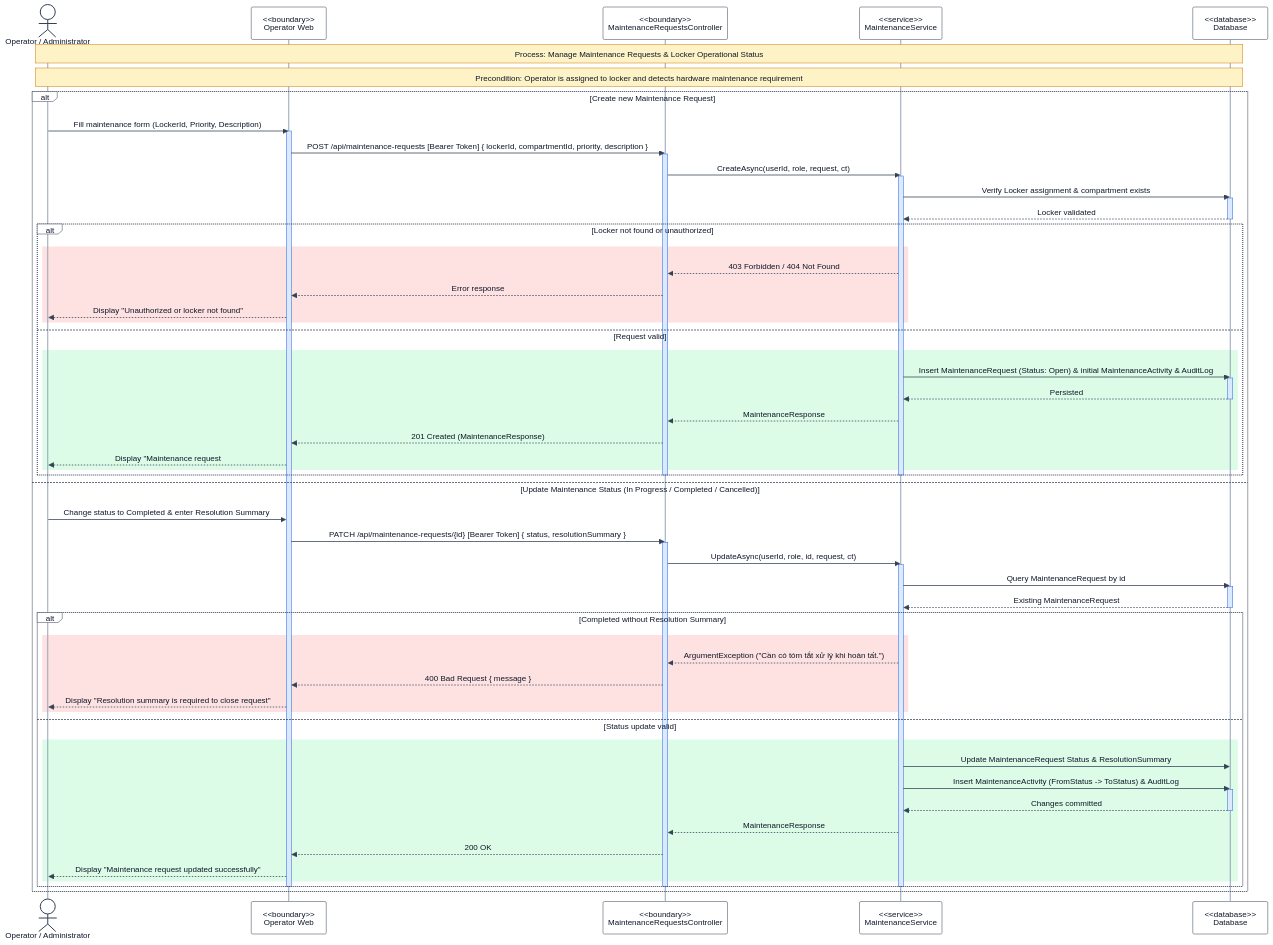
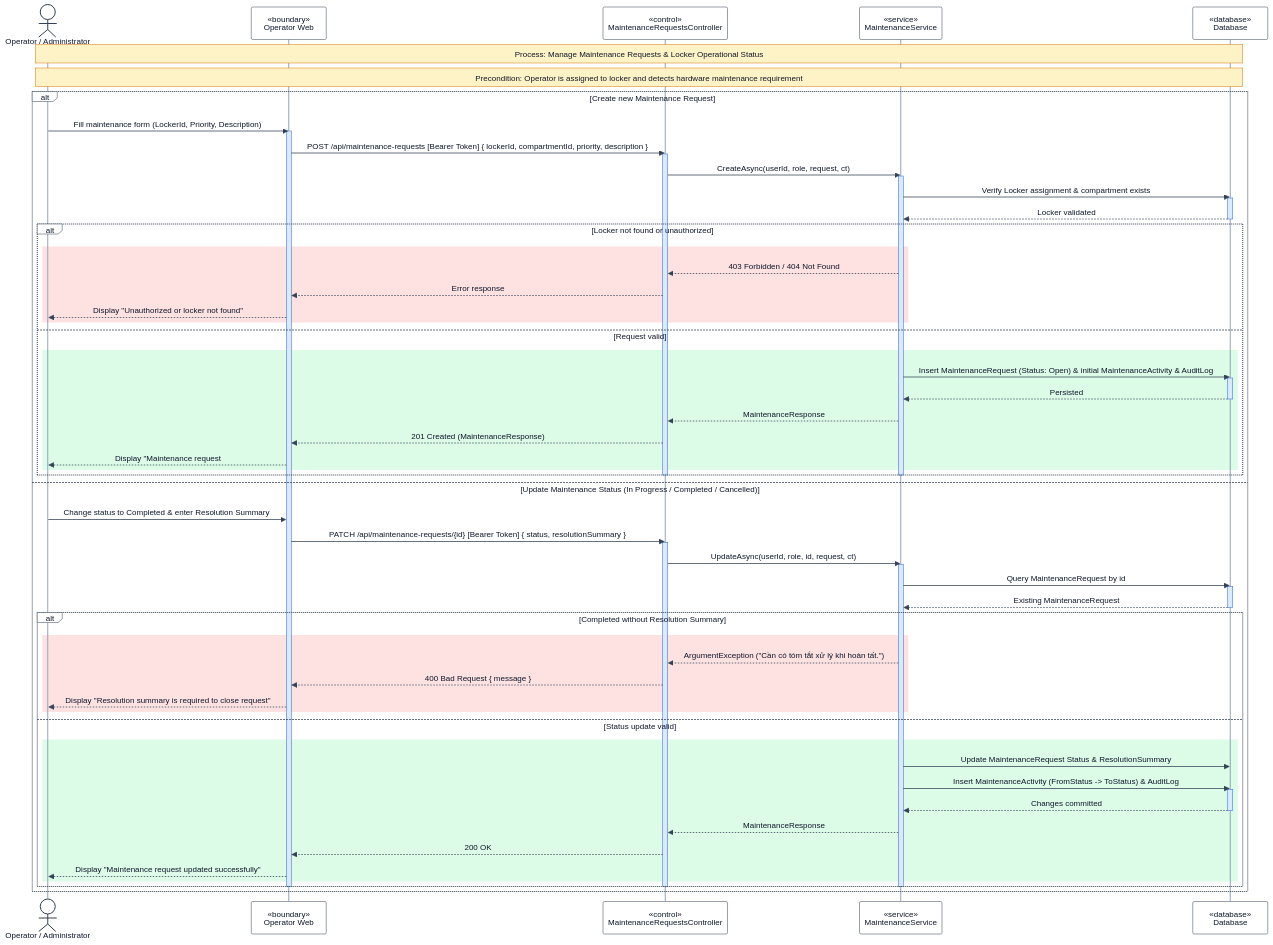
The diagram in RP4/3.5 Locker Operations, Monitoring & Incident Handling/3.5.6 Manage Maintenance & Operational Status Sequence Diagram.md (se-05-sdlms/smart-locking-diagram), drawn with Mermaid before and after one commit. The commit also changed 36 other files, not shown here.

Commit message:
Update diagram

```diff
--- a/RP4/3.5 Locker Operations, Monitoring & Incident Handling/3.5.6 Manage Maintenance & Operational Status Sequence Diagram.md
+++ b/RP4/3.5 Locker Operations, Monitoring & Incident Handling/3.5.6 Manage Maintenance & Operational Status Sequence Diagram.md
@@ -21,10 +21,10 @@
 sequenceDiagram
 
 actor OP as Operator / Administrator
-participant WEB as <<boundary>><br/>Operator Web
-participant CTRL as <<boundary>><br/>MaintenanceRequestsController
-participant SVC as <<service>><br/>MaintenanceService
-participant DB as <<database>><br/>Database
+participant WEB as «boundary»<br/>Operator Web
+participant CTRL as «control»<br/>MaintenanceRequestsController
+participant SVC as «service»<br/>MaintenanceService
+participant DB as «database»<br/>Database
 
 Note over OP,DB: Process: Manage Maintenance Requests & Locker Operational Status
 Note over OP,DB: Precondition: Operator is assigned to locker and detects hardware maintenance requirement
```
